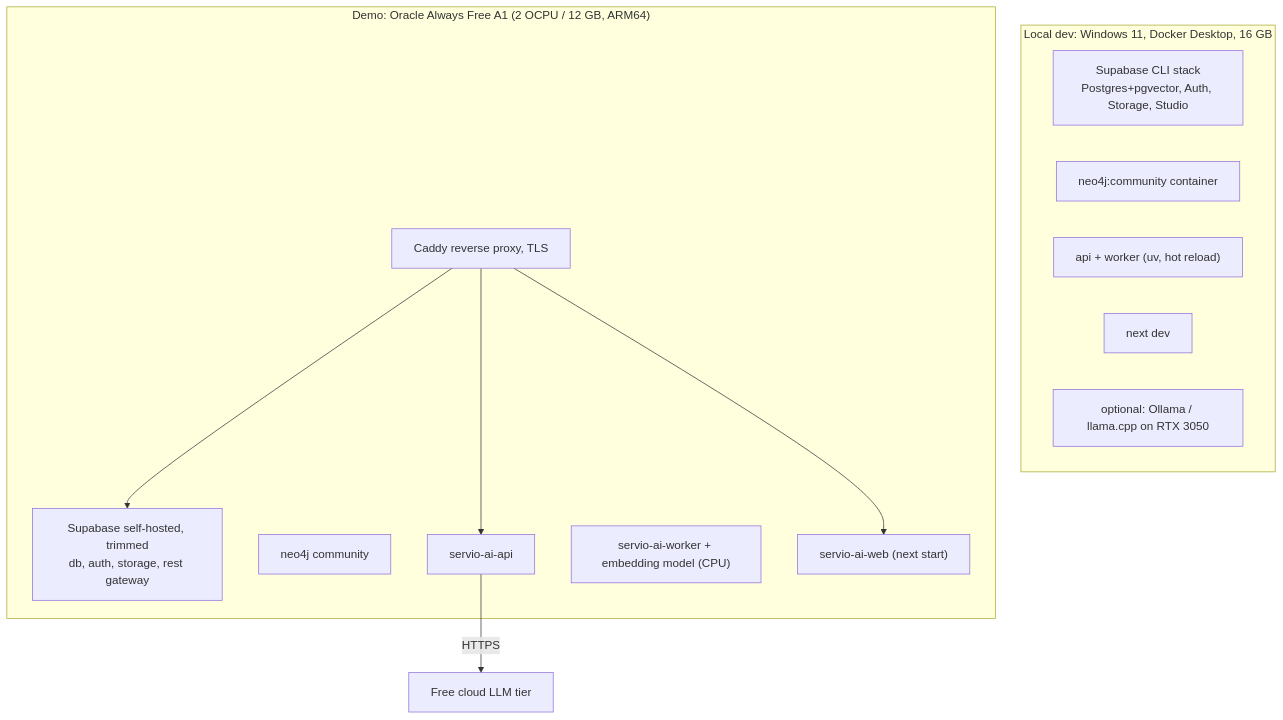
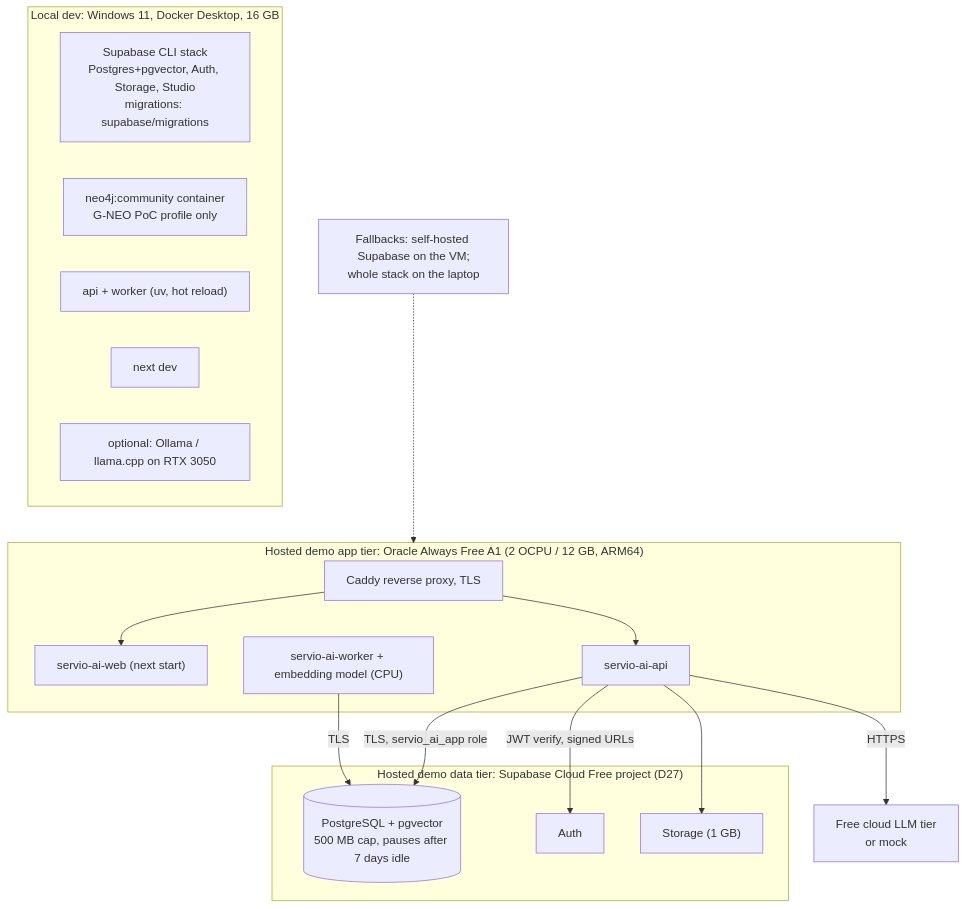
One commit to moamedmer68-commits/Servio changed the seventh of 8 diagrams in docs/planning/MASTER_PLAN.md. Above: the diagram before and after it, drawn with Mermaid. The commit also changed other lines of this file and 1 other file, not shown here.

````diff
--- a/docs/planning/MASTER_PLAN.md
+++ b/docs/planning/MASTER_PLAN.md
@@ -463,22 +861,29 @@
 ```mermaid
 flowchart TB
     subgraph LAPTOP["Local dev: Windows 11, Docker Desktop, 16 GB"]
-        SBCLI["Supabase CLI stack<br/>Postgres+pgvector, Auth, Storage, Studio"]
-        NEOL["neo4j:community container"]
+        SBCLI["Supabase CLI stack<br/>Postgres+pgvector, Auth, Storage, Studio<br/>migrations: supabase/migrations"]
+        NEOL["neo4j:community container<br/>G-NEO PoC profile only"]
         APIL["api + worker (uv, hot reload)"]
         WEBL["next dev"]
         OLL["optional: Ollama / llama.cpp on RTX 3050"]
     end
-    subgraph VM["Demo: Oracle Always Free A1 (2 OCPU / 12 GB, ARM64)"]
+    subgraph SBC["Hosted demo data tier: Supabase Cloud Free project (D27)"]
+        SBDB[("PostgreSQL + pgvector<br/>500 MB cap, pauses after 7 days idle")]
+        SBAUTH["Auth"]
+        SBST["Storage (1 GB)"]
+    end
+    subgraph VM["Hosted demo app tier: Oracle Always Free A1 (2 OCPU / 12 GB, ARM64)"]
         CADDY["Caddy reverse proxy, TLS"]
-        SBSH["Supabase self-hosted, trimmed<br/>db, auth, storage, rest gateway"]
-        NEOV["neo4j community"]
         APIV["servio-ai-api"]
         WRKV["servio-ai-worker + embedding model (CPU)"]
         WEBV["servio-ai-web (next start)"]
         CADDY --> WEBV
         CADDY --> APIV
-        CADDY --> SBSH
     end
-    APIV -->|HTTPS| FREE["Free cloud LLM tier"]
+    APIV -->|TLS, servio_ai_app role| SBDB
+    WRKV -->|TLS| SBDB
+    APIV -->|JWT verify, signed URLs| SBAUTH
+    APIV --> SBST
+    APIV -->|HTTPS| FREE["Free cloud LLM tier<br/>or mock"]
+    FB["Fallbacks: self-hosted Supabase on the VM;<br/>whole stack on the laptop"] -.-> VM
 ```
````
